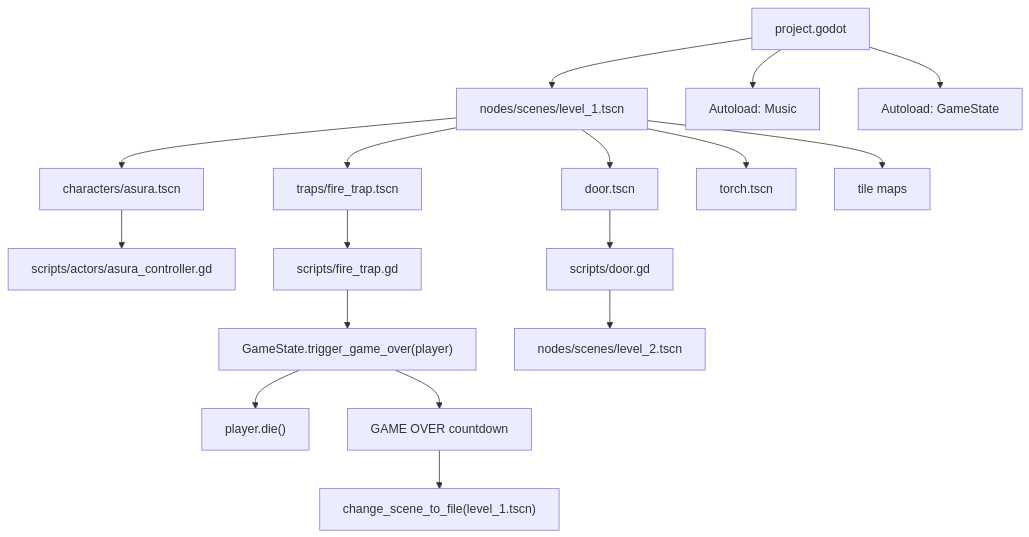
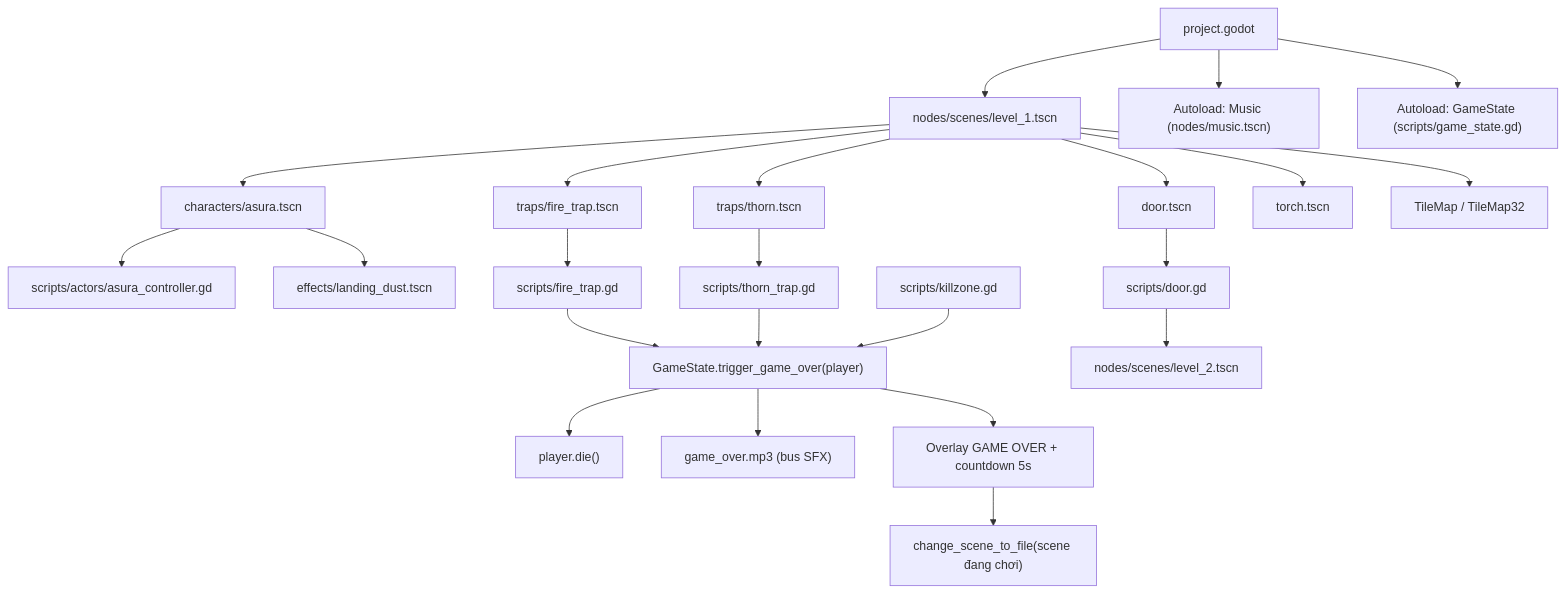
One commit to vietanhyoyo/dungeon_traps changed the diagram in docs/ARCHITECTURE.md. Above: the diagram before and after it, drawn with Mermaid. The commit also changed other lines of this file and 1 other file, not shown here.

````diff
--- a/docs/ARCHITECTURE.md
+++ b/docs/ARCHITECTURE.md
@@ -11,23 +19,30 @@
 ```mermaid
 flowchart TD
   Project["project.godot"] --> Main["nodes/scenes/level_1.tscn"]
-  Project --> Music["Autoload: Music"]
-  Project --> GameState["Autoload: GameState"]
+  Project --> Music["Autoload: Music (nodes/music.tscn)"]
+  Project --> GameState["Autoload: GameState (scripts/game_state.gd)"]
 
   Main --> Asura["characters/asura.tscn"]
   Main --> Door["door.tscn"]
   Main --> Fire["traps/fire_trap.tscn"]
+  Main --> Thorn["traps/thorn.tscn"]
   Main --> Torch["torch.tscn"]
-  Main --> TileMap["tile maps"]
+  Main --> TileMap["TileMap / TileMap32"]
 
   Asura --> AsuraController["scripts/actors/asura_controller.gd"]
+  Asura --> Dust["effects/landing_dust.tscn"]
   Fire --> FireScript["scripts/fire_trap.gd"]
+  Thorn --> ThornScript["scripts/thorn_trap.gd"]
   Door --> DoorScript["scripts/door.gd"]
 
   FireScript --> GameOver["GameState.trigger_game_over(player)"]
+  ThornScript --> GameOver
+  KillzoneScript["scripts/killzone.gd"] --> GameOver
+
   GameOver --> Die["player.die()"]
-  GameOver --> Overlay["GAME OVER countdown"]
-  Overlay --> Reload["change_scene_to_file(level_1.tscn)"]
+  GameOver --> Sound["game_over.mp3 (bus SFX)"]
+  GameOver --> Overlay["Overlay GAME OVER + countdown 5s"]
+  Overlay --> Reload["change_scene_to_file(scene đang chơi)"]
 
   DoorScript --> Level2["nodes/scenes/level_2.tscn"]
 ```
````
